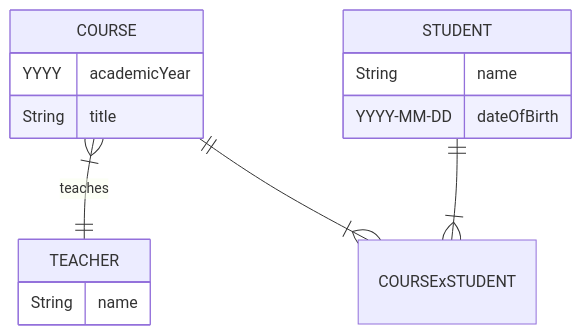
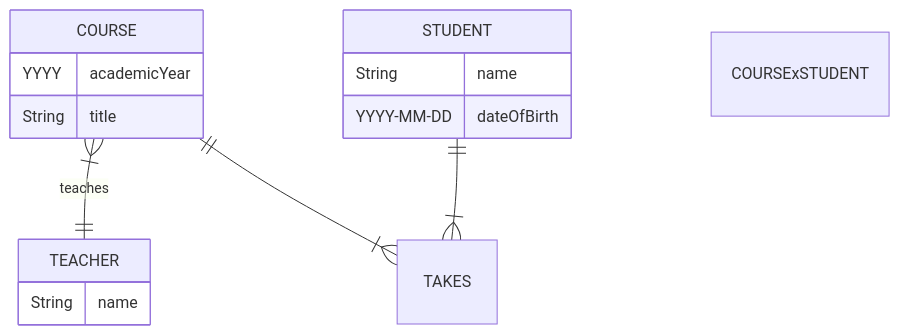
The fourth of 7 diagrams in d/data_model.md (conmaol/maglocunus), drawn with Mermaid before and after one commit. The commit also changed other lines of this file, not shown here.

````diff
--- a/d/data_model.md
+++ b/d/data_model.md
@@ -266,19 +266,19 @@
 ```mermaid
 erDiagram
     COURSE }|--|| TEACHER : teaches
-    COURSE ||--|{ COURSExSTUDENT : ""
-    STUDENT ||--|{ COURSExSTUDENT : ""
+    COURSE ||--|{ TAKES : ""
+    STUDENT ||--|{ TAKES : ""
     COURSE {
       YYYY academicYear
       String title
     }
     STUDENT {
         String name
         YYYY-MM-DD dateOfBirth
     }
     TEACHER {
         String name
     }
     COURSExSTUDENT {
     }
 ```
````
